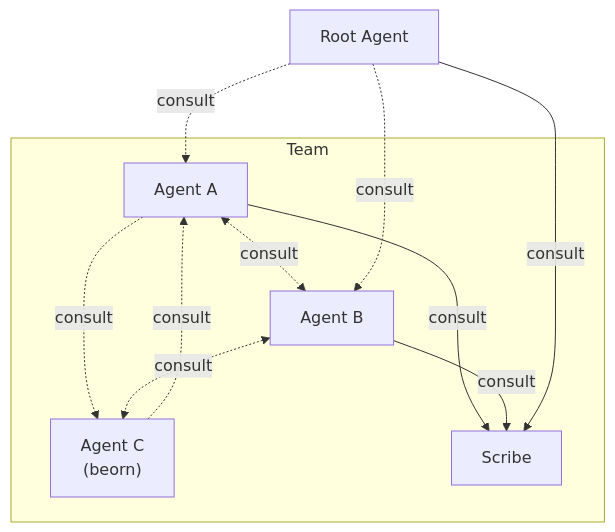
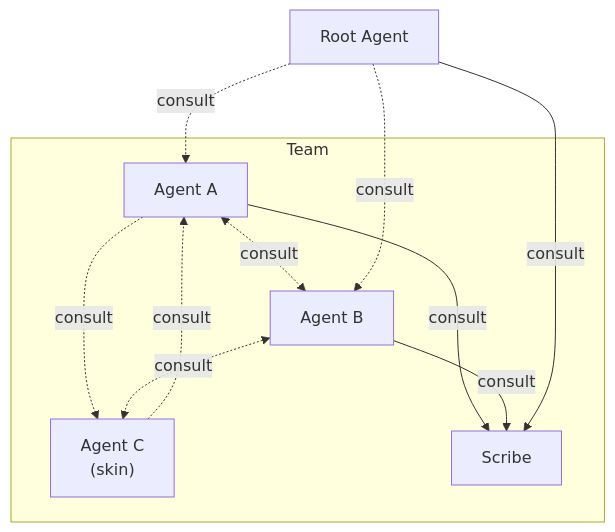
The diagram in docs/framework/overview.md (Kord96/kordinate), drawn with Mermaid before and after one commit. The commit also changed other lines of this file, not shown here.

````diff
--- a/docs/framework/overview.md
+++ b/docs/framework/overview.md
@@ -3,17 +3,17 @@
 ```mermaid
 flowchart TB
     ROOT[Root Agent]
 
     subgraph team[Team]
         A1[Agent A] <-.->|consult| A2[Agent B]
-        A1 -.->|consult| A3["Agent C\n(beorn)"]
+        A1 -.->|consult| A3["Agent C\n(skin)"]
         A3 -.->|consult| A1
         A2 <-.->|consult| A3
         A1 -->|consult| SC[Scribe]
         A2 -->|consult| SC
     end
 
     ROOT -.->|consult| A1
     ROOT -.->|consult| A2
     ROOT -->|consult| SC
 ```
````
